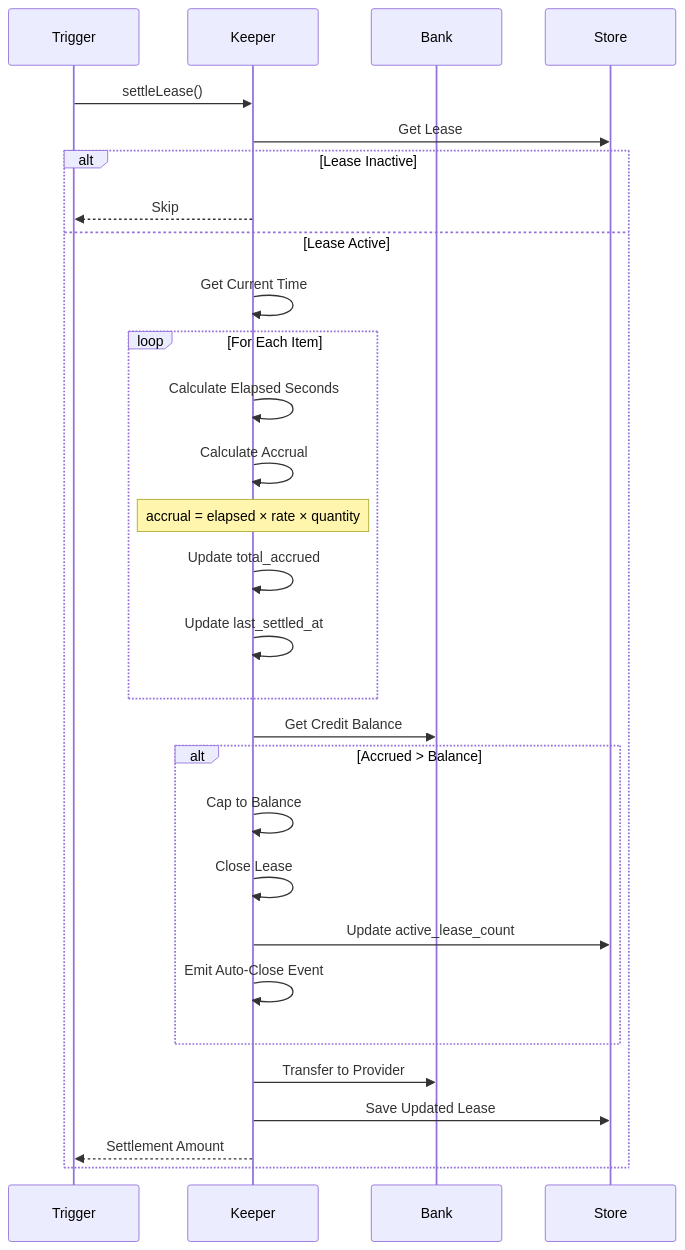
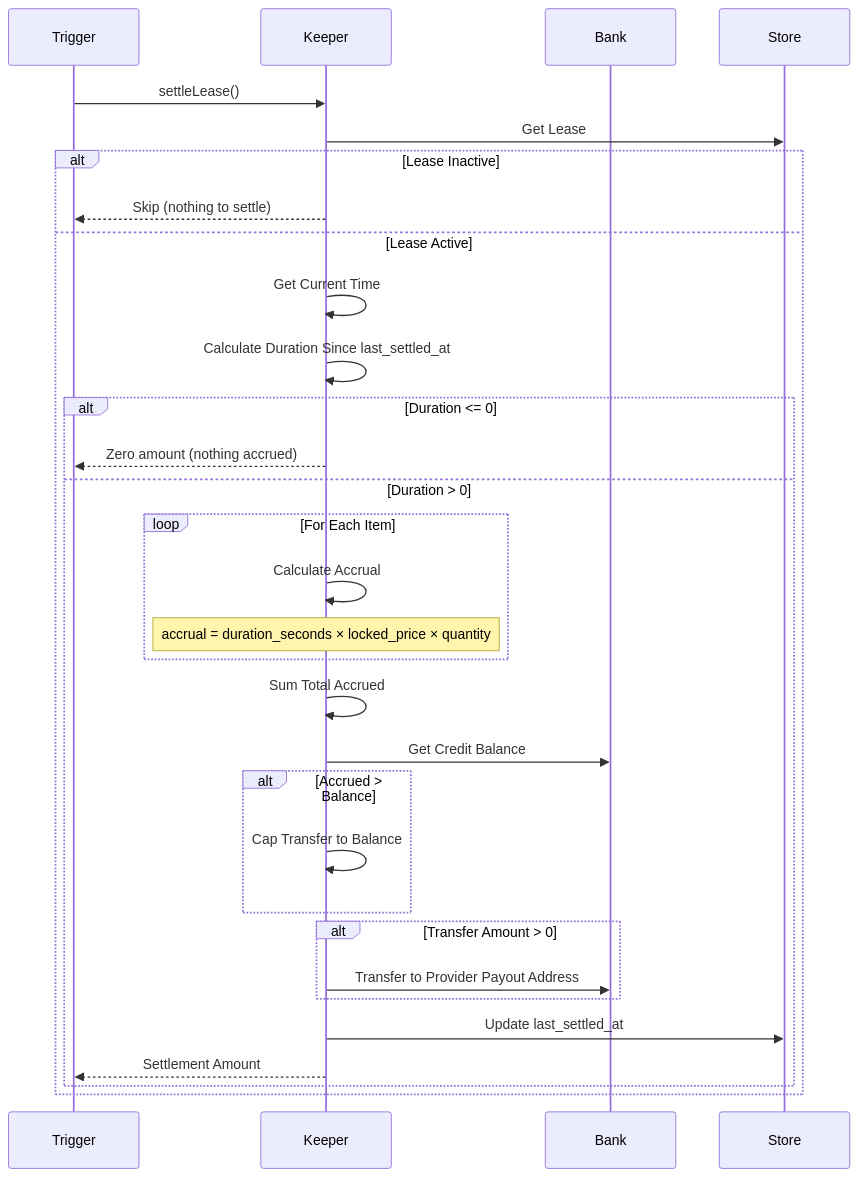
The sixth of 10 diagrams in x/billing/docs/ARCHITECTURE.md (manifest-network/manifest-ledger), drawn with Mermaid before and after one commit. The commit also changed other lines of this file and 9 other files, not shown here.

````diff
--- a/x/billing/docs/ARCHITECTURE.md
+++ b/x/billing/docs/ARCHITECTURE.md
@@ -243,37 +244,40 @@
 ```mermaid
 sequenceDiagram
     participant Trigger
     participant Keeper
     participant Bank
     participant Store
     
     Trigger->>Keeper: settleLease()
     Keeper->>Store: Get Lease
     
     alt Lease Inactive
-        Keeper-->>Trigger: Skip
+        Keeper-->>Trigger: Skip (nothing to settle)
     else Lease Active
         Keeper->>Keeper: Get Current Time
+        Keeper->>Keeper: Calculate Duration Since last_settled_at
         
-        loop For Each Item
-            Keeper->>Keeper: Calculate Elapsed Seconds
-            Keeper->>Keeper: Calculate Accrual
-            Note over Keeper: accrual = elapsed × rate × quantity
-            Keeper->>Keeper: Update total_accrued
-            Keeper->>Keeper: Update last_settled_at
+        alt Duration <= 0
+            Keeper-->>Trigger: Zero amount (nothing accrued)
+        else Duration > 0
+            loop For Each Item
+                Keeper->>Keeper: Calculate Accrual
+                Note over Keeper: accrual = duration_seconds × locked_price × quantity
+            end
+            
+            Keeper->>Keeper: Sum Total Accrued
+            Keeper->>Bank: Get Credit Balance
+            
+            alt Accrued > Balance
+                Keeper->>Keeper: Cap Transfer to Balance
+            end
+            
+            alt Transfer Amount > 0
+                Keeper->>Bank: Transfer to Provider Payout Address
+            end
+            
+            Keeper->>Store: Update last_settled_at
+            Keeper-->>Trigger: Settlement Amount
         end
-        
-        Keeper->>Bank: Get Credit Balance
-        
-        alt Accrued > Balance
-            Keeper->>Keeper: Cap to Balance
-            Keeper->>Keeper: Close Lease
-            Keeper->>Store: Update active_lease_count
-            Keeper->>Keeper: Emit Auto-Close Event
-        end
-        
-        Keeper->>Bank: Transfer to Provider
-        Keeper->>Store: Save Updated Lease
-        Keeper-->>Trigger: Settlement Amount
     end
 ```
````
